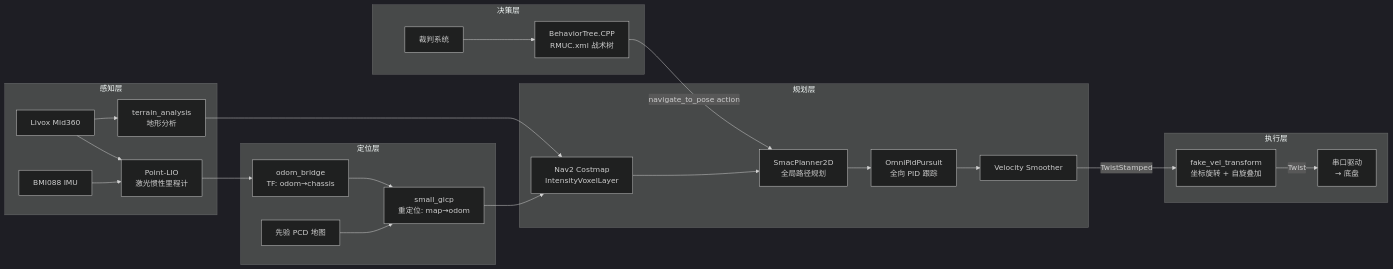
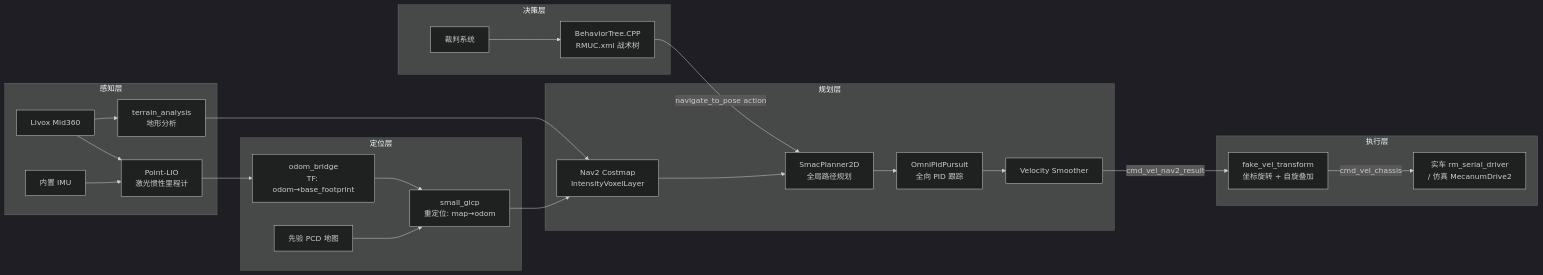
Before and after one commit to Boombroke/omni_navigation: the diagram in README.md, drawn with Mermaid (dark theme). The commit also changed other lines of this file and 32 other files, not shown here.

````diff
--- a/README.md
+++ b/README.md
@@ -16,32 +16,32 @@
 ```mermaid
 graph LR
     subgraph 感知层
         LiDAR[Livox Mid360] --> PL[Point-LIO<br/>激光惯性里程计]
-        IMU[BMI088 IMU] --> PL
+        IMU[内置 IMU] --> PL
         LiDAR --> TA[terrain_analysis<br/>地形分析]
     end
 
     subgraph 定位层
-        PL --> OB[odom_bridge<br/>TF: odom→chassis]
+        PL --> OB[odom_bridge<br/>TF: odom→base_footprint]
         PCD[先验 PCD 地图] --> GICP[small_gicp<br/>重定位: map→odom]
         OB --> GICP
     end
 
     subgraph 规划层
         GICP --> CM[Nav2 Costmap<br/>IntensityVoxelLayer]
         TA --> CM
         CM --> GP[SmacPlanner2D<br/>全局路径规划]
         GP --> LP[OmniPidPursuit<br/>全向 PID 跟踪]
         LP --> VS[Velocity Smoother]
     end
 
     subgraph 决策层
         REF[裁判系统] --> BT[BehaviorTree.CPP<br/>RMUC.xml 战术树]
         BT -->|navigate_to_pose action| GP
     end
 
     subgraph 执行层
-        VS -->|TwistStamped| FVT[fake_vel_transform<br/>坐标旋转 + 自旋叠加]
-        FVT -->|Twist| SER[串口驱动<br/>→ 底盘]
+        VS -->|cmd_vel_nav2_result| FVT[fake_vel_transform<br/>坐标旋转 + 自旋叠加]
+        FVT -->|cmd_vel_chassis| SER[实车 rm_serial_driver<br/>/ 仿真 MecanumDrive2]
     end
 ```
````
